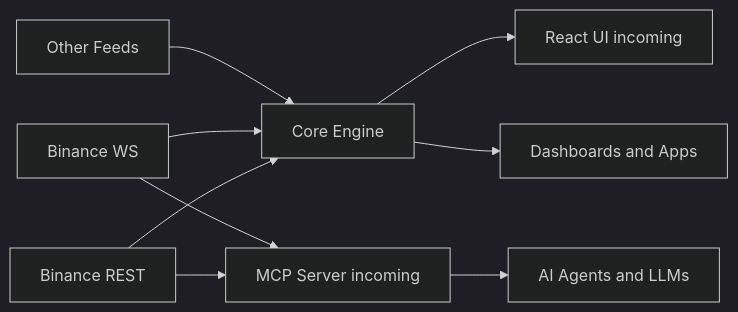
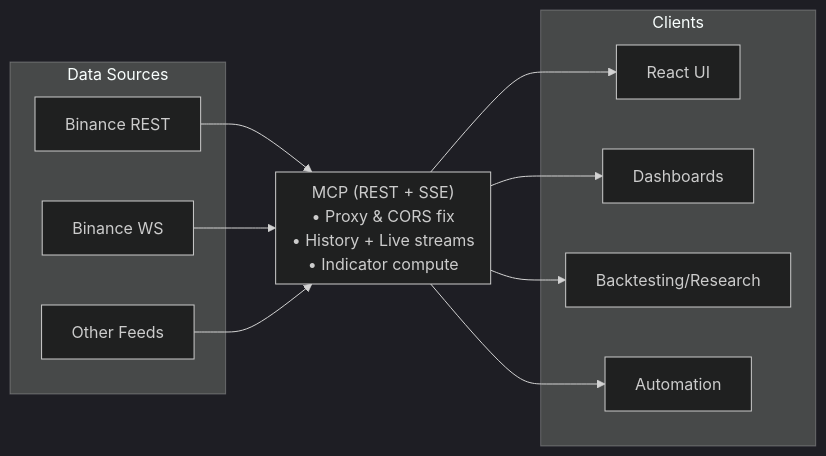
One commit to Independent-AI-Labs/trAIde changed the diagram in README.md. Above: the diagram before and after it, drawn with Mermaid (dark theme). The commit also changed other lines of this file and 14 other files, not shown here.

Commit message:
docs(readme): tighten for builders (trAIde), focus on automated strategies/backtesting; improved system diagram; runner/docker/env notes; no usage code except npm install

````diff
--- a/README.md
+++ b/README.md
@@ -50,11 +37,26 @@
 ```mermaid
-graph LR
-  B1[Binance REST] --> E[Core Engine]
-  B2[Binance WS] --> E
-  O[Other Feeds] --> E
-  E --> UI[React UI incoming]
-  E --> APPS[Dashboards and Apps]
-  B1 --> MCP[MCP Server incoming]
-  B2 --> MCP
-  MCP --> AGENTS[AI Agents and LLMs]
+flowchart LR
+  subgraph Data Sources
+    BR[Binance REST]
+    BW[Binance WS]
+    OF[Other Feeds]
+  end
+
+  subgraph Server["MCP (REST + SSE)\n• Proxy & CORS fix\n• History + Live streams\n• Indicator compute"]
+  end
+
+  subgraph Clients
+    UI[React UI]
+    Apps[Dashboards]
+    Quant[Backtesting/Research]
+    Auto[Automation]
+  end
+
+  BR --> Server
+  BW --> Server
+  OF --> Server
+  Server --> UI
+  Server --> Apps
+  Server --> Quant
+  Server --> Auto
 ```
````
